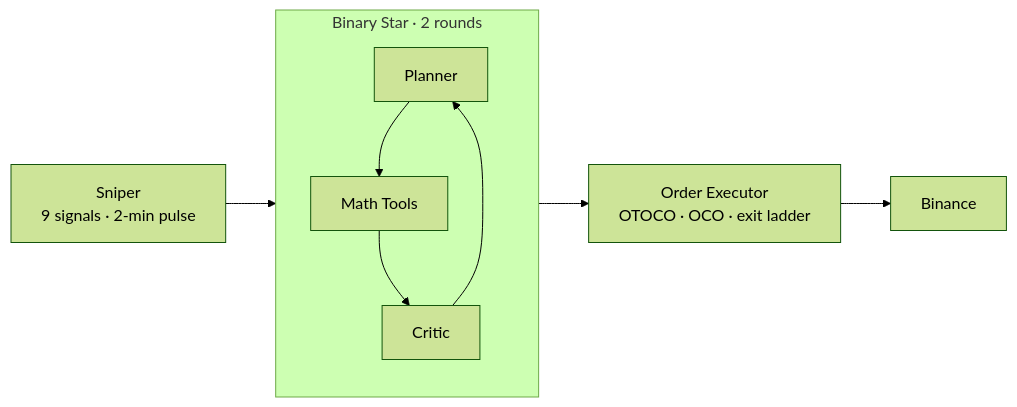
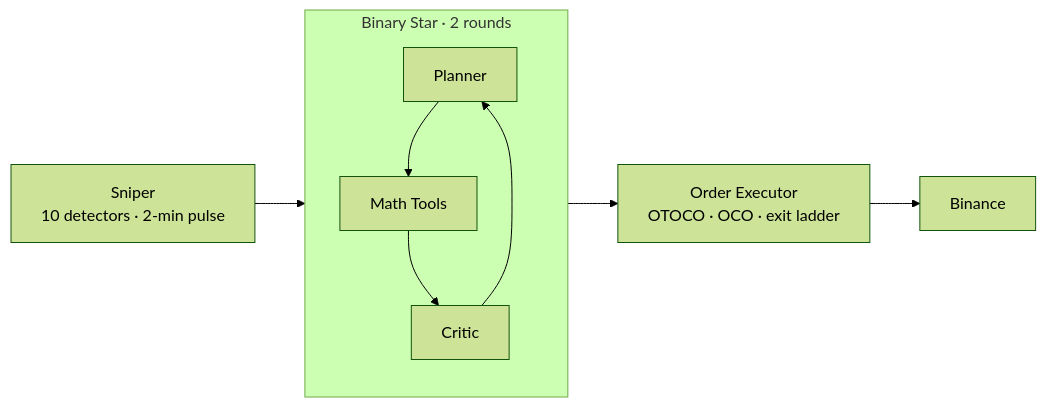
One commit to jiangyang5157/binary-star changed the second of 3 diagrams in README.md. Above: the diagram before and after it, drawn with Mermaid (forest theme). The commit also changed other lines of this file, not shown here.

Commit message:
docs: update sniper signal count from 9 to 10 in README documentation

````diff
--- a/README.md
+++ b/README.md
@@ -52,15 +52,15 @@
 ```mermaid
 graph LR
     subgraph Debate["Binary Star · 2 rounds"]
         Planner["Planner"]
         Critic["Critic"]
         Math["Math Tools"]
         Planner --> Math
         Math --> Critic
         Critic --> Planner
     end
 
-    Sniper["Sniper<br/>9 signals · 2-min pulse"] --> Debate
+    Sniper["Sniper<br/>10 detectors · 2-min pulse"] --> Debate
     Debate --> Executor["Order Executor<br/>OTOCO · OCO · exit ladder"]
     Executor --> Binance["Binance"]
 ```
````
